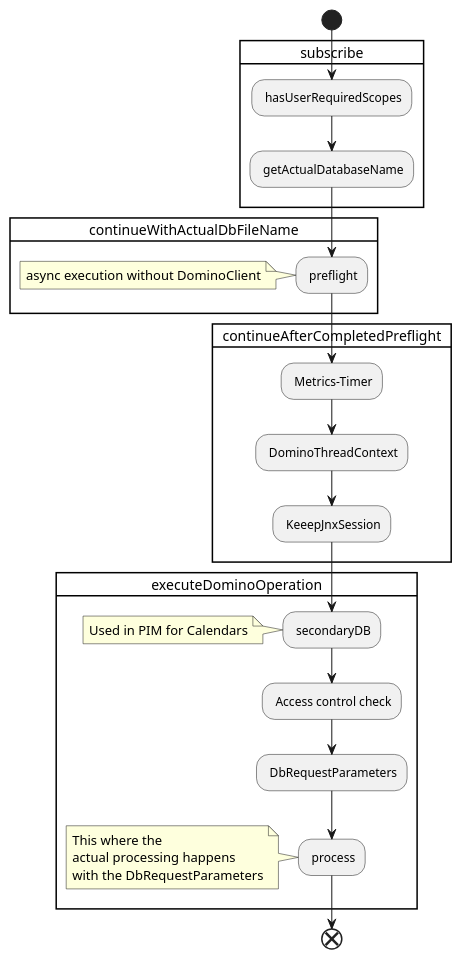
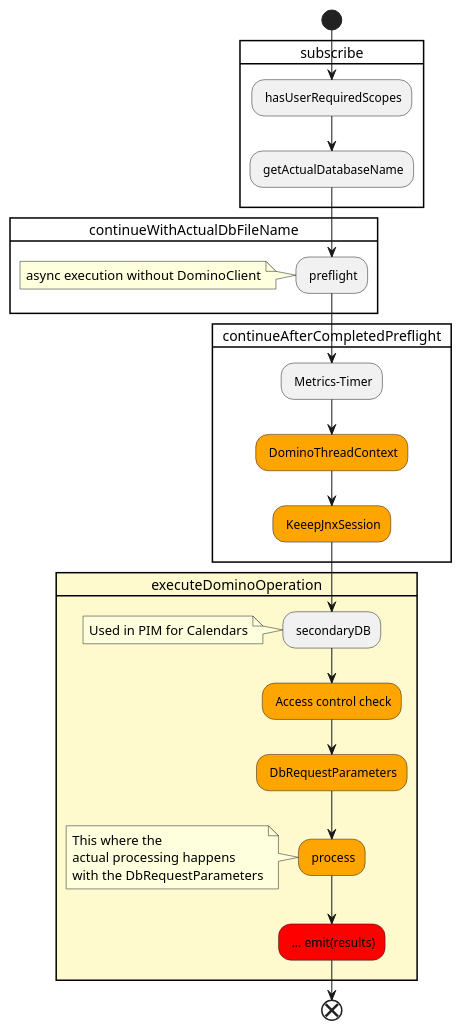
The diagram in docs/assets/images/plantuml/DBRequestFlow2.plantuml (HCL-TECH-SOFTWARE/domino-keep-docs), drawn with PlantUML before and after one commit. The commit also changed 2 other files, not shown here.

Commit message:
KEEP Flow updates

```diff
--- a/docs/assets/images/plantuml/DBRequestFlow2.plantuml
+++ b/docs/assets/images/plantuml/DBRequestFlow2.plantuml
@@ -1,25 +1,27 @@
 @startuml DBRequestFlow2
 start
 card subscribe {
     : hasUserRequiredScopes;
     : getActualDatabaseName;
 }
 card  continueWithActualDbFileName {
     : preflight;
     note: async execution without DominoClient
 }
 card continueAfterCompletedPreflight {
     : Metrics-Timer;
-    : DominoThreadContext;
-    : KeeepJnxSession;
+    #Orange : DominoThreadContext;
+    #Orange : KeeepJnxSession;
 }
-card executeDominoOperation {
+
+card #lemonchiffon executeDominoOperation {
     : secondaryDB;
     note: Used in PIM for Calendars
-    : Access control check;
-    : DbRequestParameters;
-    : process;
+    #Orange : Access control check;
+    #Orange : DbRequestParameters;
+    #Orange : process;
     note: This where the\nactual processing happens\nwith the DbRequestParameters
+    #Red : ... emit(results);
 }
 end
 @enduml
```
